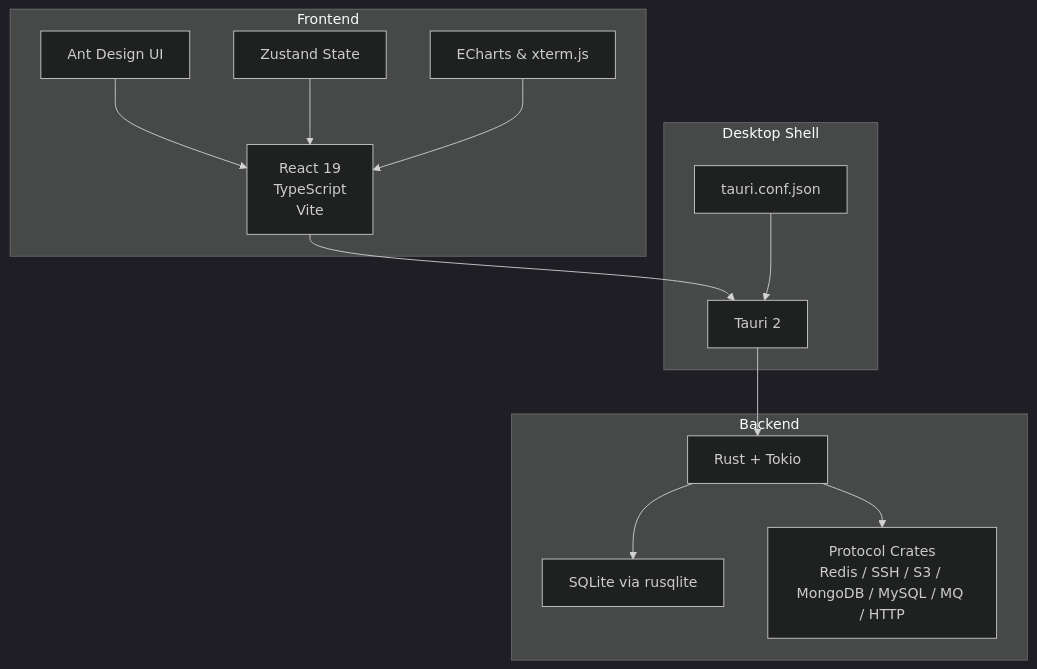
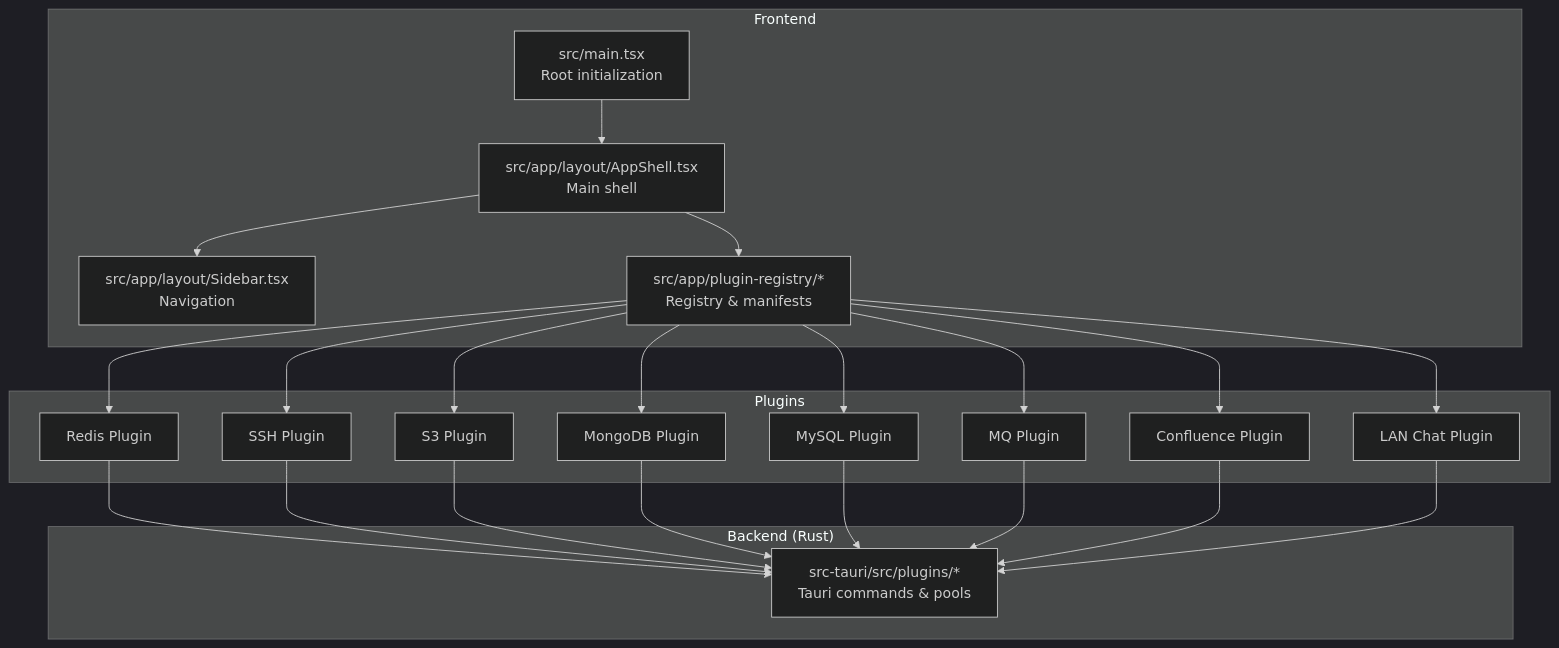
The first of 6 diagrams in .qoder/repowiki/en/content/Getting Started.md (DumKing/DevNexus), drawn with Mermaid (dark theme) before and after one commit. The commit also changed other lines of this file and 96 other files, not shown here.

````diff
--- a/.qoder/repowiki/en/content/Getting Started.md
+++ b/.qoder/repowiki/en/content/Getting Started.md
@@ -51,26 +49,40 @@
 ```mermaid
 graph TB
 subgraph "Frontend"
-A["React 19<br/>TypeScript<br/>Vite"]
-B["Ant Design UI"]
-C["Zustand State"]
-D["ECharts & xterm.js"]
+A["src/main.tsx<br/>Root initialization"]
+B["src/app/layout/AppShell.tsx<br/>Main shell"]
+C["src/app/layout/Sidebar.tsx<br/>Navigation"]
+D["src/app/plugin-registry/*<br/>Registry & manifests"]
 end
-subgraph "Backend"
-E["Rust + Tokio"]
-F["SQLite via rusqlite"]
-G["Protocol Crates<br/>Redis / SSH / S3 / MongoDB / MySQL / MQ / HTTP"]
+subgraph "Plugins"
+P1["Redis Plugin"]
+P2["SSH Plugin"]
+P3["S3 Plugin"]
+P4["MongoDB Plugin"]
+P5["MySQL Plugin"]
+P6["MQ Plugin"]
+P7["Confluence Plugin"]
+P8["LAN Chat Plugin"]
 end
-subgraph "Desktop Shell"
-H["Tauri 2"]
-I["tauri.conf.json"]
+subgraph "Backend (Rust)"
+R["src-tauri/src/plugins/*<br/>Tauri commands & pools"]
 end
-A --> H
-B --> A
-C --> A
-D --> A
-H --> E
-E --> F
-E --> G
-I --> H
+A --> B --> C
+B --> D
+D --> P1
+D --> P2
+D --> P3
+D --> P4
+D --> P5
+D --> P6
+D --> P7
+D --> P8
+P1 --> R
+P2 --> R
+P3 --> R
+P4 --> R
+P5 --> R
+P6 --> R
+P7 --> R
+P8 --> R
 ```
````
